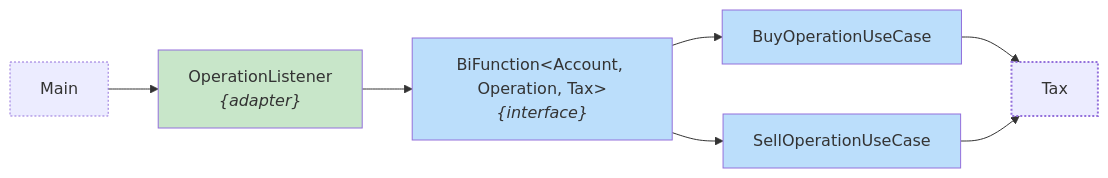
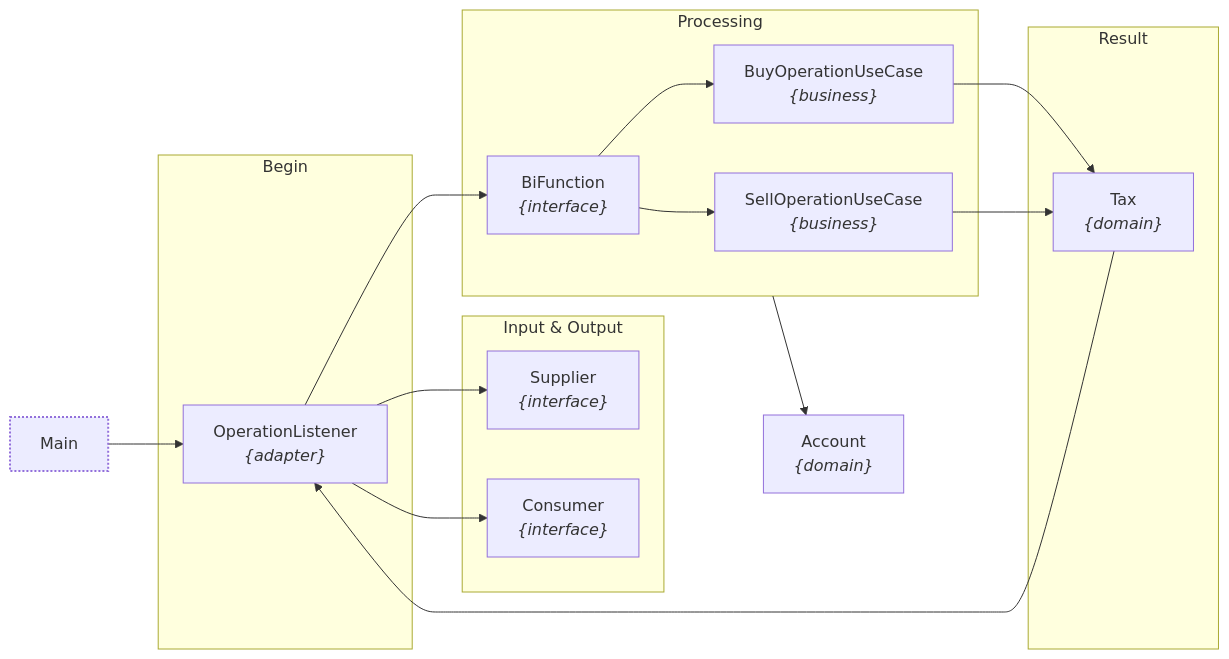
The diagram in README.md (petersonolbi/code-challenge_capital-gain), drawn with Mermaid before and after one commit. The commit also changed other lines of this file and 42 other files, not shown here.

````diff
--- a/README.md
+++ b/README.md
@@ -33,15 +47,27 @@
 ```mermaid
 flowchart LR
-    Main --> OL["OperationListener<br><i>{adapter}</i>"]
-    OL --> BF["BiFunction&lt;Account, Operation, Tax&gt;<br><i>{interface}</i>"]
-    BF --> BuyOperationUseCase & SellOperationUseCase
-    BuyOperationUseCase --> Tax
-    SellOperationUseCase --> Tax
+    Main --> OL --> BF --> BOUC & SOUC --> T --> OL
+    OL --> I & O
+    Processing --> A["Account<br><i>{domain}</i>"]
 
-    style Main stroke-width:1px,stroke-dasharray: 2
-    style OL fill:#C8E6C9
-    style BF fill:#BBDEFB
-    style BuyOperationUseCase fill:#BBDEFB
-    style SellOperationUseCase fill:#BBDEFB
-    style Tax stroke-width:2px,stroke-dasharray: 2
+    subgraph Begin
+        OL["OperationListener<br><i>{adapter}</i>"]
+    end
+
+    subgraph IO["Input & Output"]
+        I["Supplier<br><i>{interface}</i>"]
+        O["Consumer<br><i>{interface}</i>"]
+    end
+
+    subgraph Processing
+        BF["BiFunction<br><i>{interface}</i>"]
+        BOUC["BuyOperationUseCase<br><i>{business}</i>"]
+        SOUC["SellOperationUseCase<br><i>{business}</i>"]
+    end
+
+    subgraph Result
+        T["Tax<br><i>{domain}</i>"]
+    end
+
+    style Main stroke-width:2px,stroke-dasharray: 2
 ```
````
